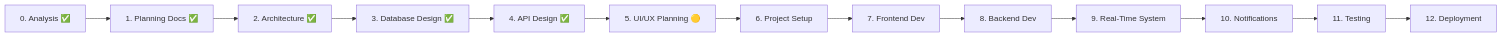
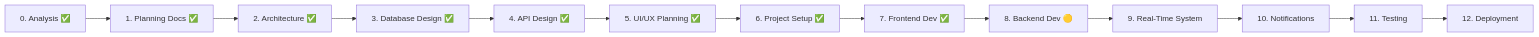
The diagram in docs/ROADMAP.md (samiularaf/bubt-bus-tracking), drawn with Mermaid before and after one commit. The commit also changed other lines of this file, not shown here.

Commit message:
docs: sync ROADMAP.md with Phase 6-8 status

````diff
--- a/docs/ROADMAP.md
+++ b/docs/ROADMAP.md
@@ -21,15 +21,15 @@
 ```mermaid
 flowchart LR
     P0[0. Analysis ✅] --> P1[1. Planning Docs ✅]
     P1 --> P2[2. Architecture ✅]
     P2 --> P3[3. Database Design ✅]
     P3 --> P4[4. API Design ✅]
-    P4 --> P5[5. UI/UX Planning 🟡]
-    P5 --> P6[6. Project Setup]
-    P6 --> P7[7. Frontend Dev]
-    P7 --> P8[8. Backend Dev]
+    P4 --> P5[5. UI/UX Planning ✅]
+    P5 --> P6[6. Project Setup ✅]
+    P6 --> P7[7. Frontend Dev ✅]
+    P7 --> P8[8. Backend Dev 🟡]
     P8 --> P9[9. Real-Time System]
     P9 --> P10[10. Notifications]
     P10 --> P11[11. Testing]
     P11 --> P12[12. Deployment]
 ```
````
